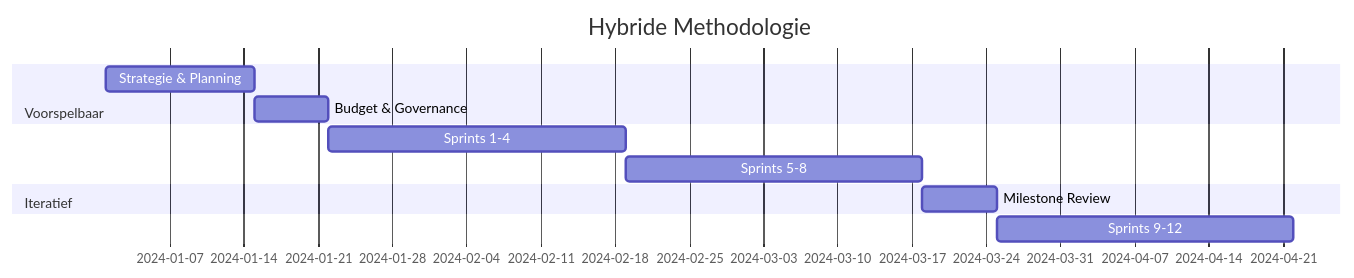
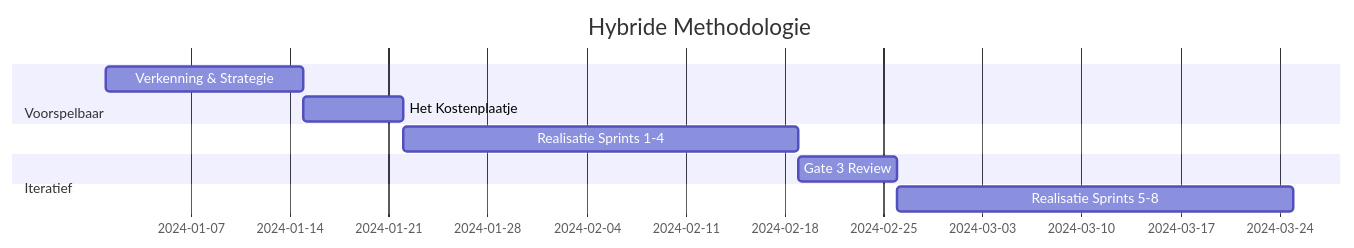
Before and after one commit to vannifr/ai-project-blueprint: the diagram in docs/00-strategisch-kader/02-hybride-methodologie.md, drawn with Mermaid. The commit also changed other lines of this file and 35 other files, not shown here.

````diff
--- a/docs/00-strategisch-kader/02-hybride-methodologie.md
+++ b/docs/00-strategisch-kader/02-hybride-methodologie.md
@@ -23,15 +27,14 @@
 ```mermaid
 gantt
     title Hybride Methodologie
     dateFormat  YYYY-MM-DD
     section Voorspelbaar
-    Strategie & Planning     :p1, 2024-01-01, 2w
-    Budget & Governance      :p2, after p1, 1w
+    Verkenning & Strategie     :p1, 2024-01-01, 2w
+    Het Kostenplaatje          :p2, after p1, 1w
     section Iteratief
-    Sprints 1-4             :s1, after p2, 4w
-    Sprints 5-8             :s2, after s1, 4w
+    Realisatie Sprints 1-4     :s1, after p2, 4w
     section Voorspelbaar
-    Milestone Review         :m1, after s2, 1w
+    Gate 3 Review              :m1, after s1, 1w
     section Iteratief
-    Sprints 9-12            :s3, after m1, 4w
+    Realisatie Sprints 5-8     :s2, after m1, 4w
 ```
````
